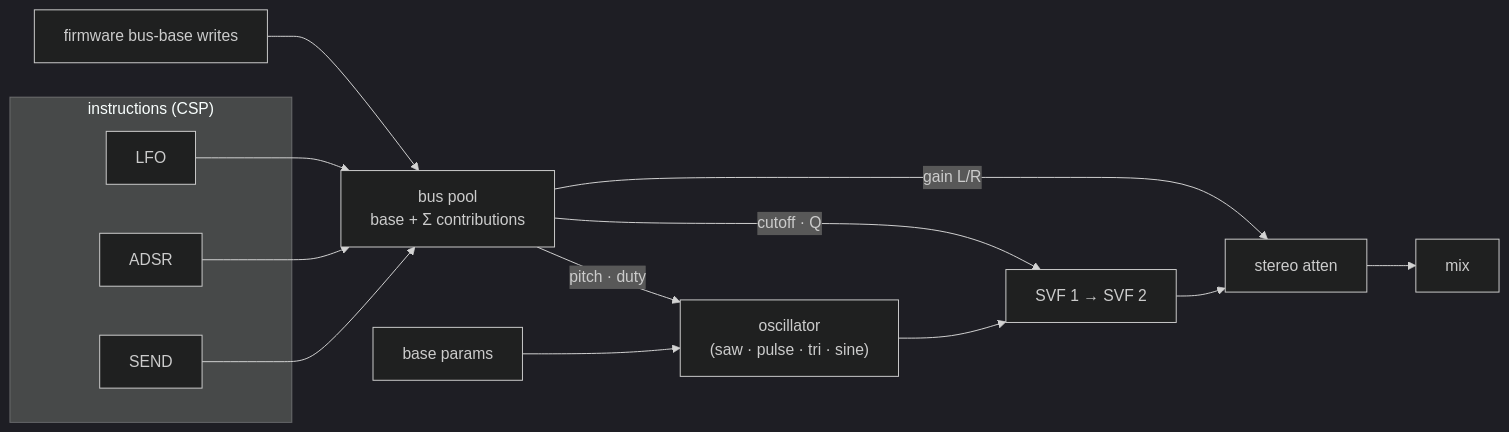
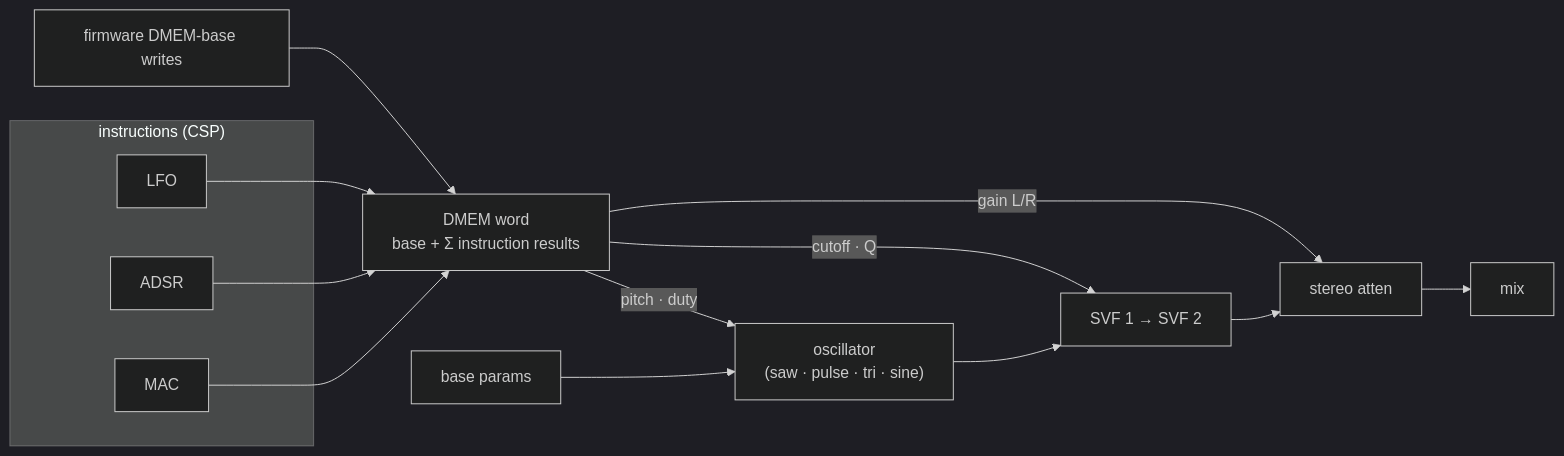
One commit to Thorwegian/noaidi-fpga-synth changed the second of 2 diagrams in docs/memory_map.md. Above: the diagram before and after it, drawn with Mermaid (dark theme). The commit also changed other lines of this file and 57 other files, not shown here.

````diff
--- a/docs/memory_map.md
+++ b/docs/memory_map.md
@@ -57,17 +58,17 @@
 ```mermaid
 flowchart LR
     subgraph SRC["instructions (CSP)"]
         L["LFO"]
         A["ADSR"]
-        S["SEND"]
+        M["MAC"]
     end
-    FW["firmware bus-base writes"] --> BUS["bus pool<br/>base + Σ contributions"]
-    L --> BUS
-    A --> BUS
-    S --> BUS
-    BUS -- "pitch · duty" --> OSC["oscillator<br/>(saw · pulse · tri · sine)"]
-    BUS -- "cutoff · Q" --> SVF["SVF 1 → SVF 2"]
-    BUS -- "gain L/R" --> ATT["stereo atten"]
+    FW["firmware DMEM-base writes"] --> DM["DMEM word<br/>base + Σ instruction results"]
+    L --> DM
+    A --> DM
+    M --> DM
+    DM -- "pitch · duty" --> OSC["oscillator<br/>(saw · pulse · tri · sine)"]
+    DM -- "cutoff · Q" --> SVF["SVF 1 → SVF 2"]
+    DM -- "gain L/R" --> ATT["stereo atten"]
     B["base params"] --> OSC
     OSC --> SVF --> ATT --> MIX["mix"]
 ```
````
